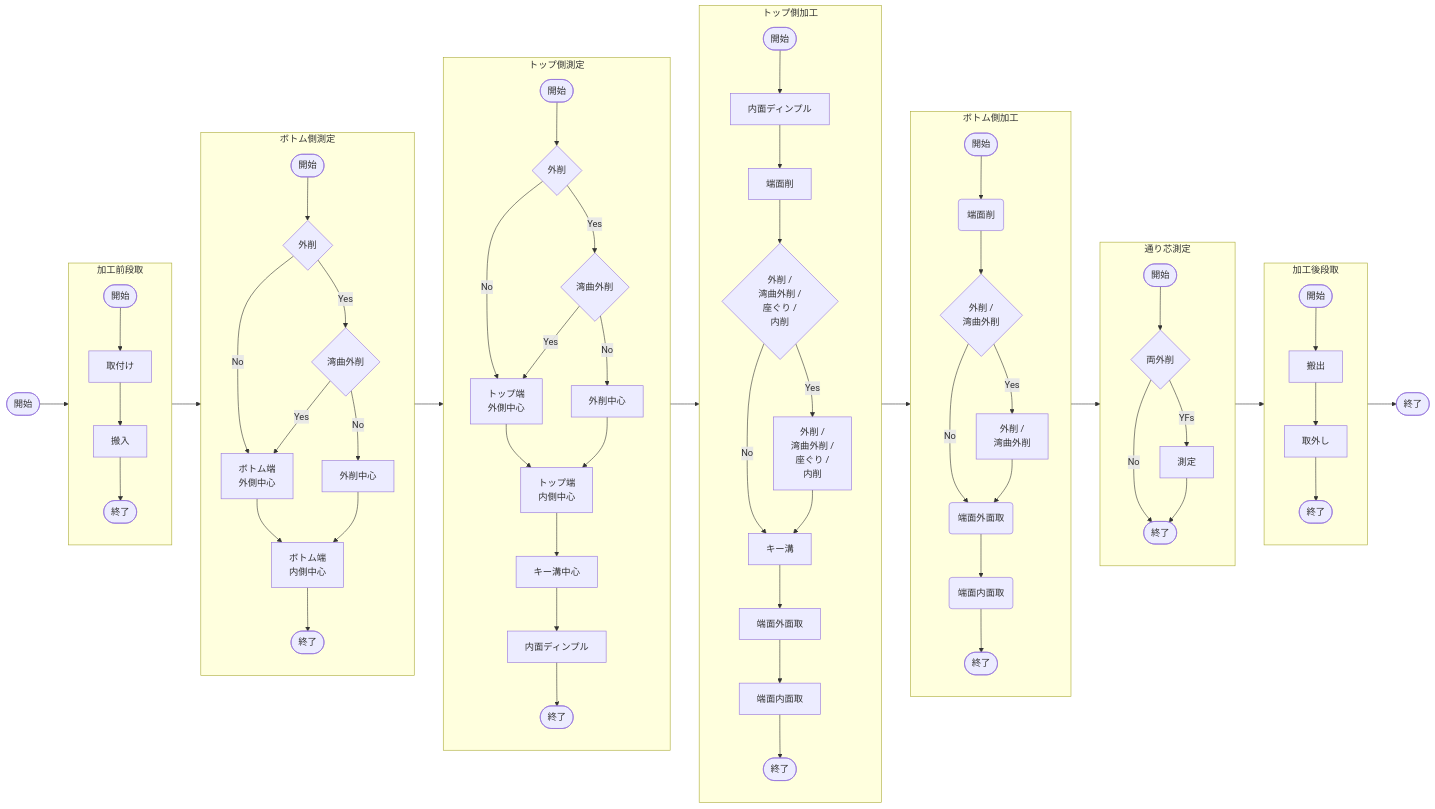
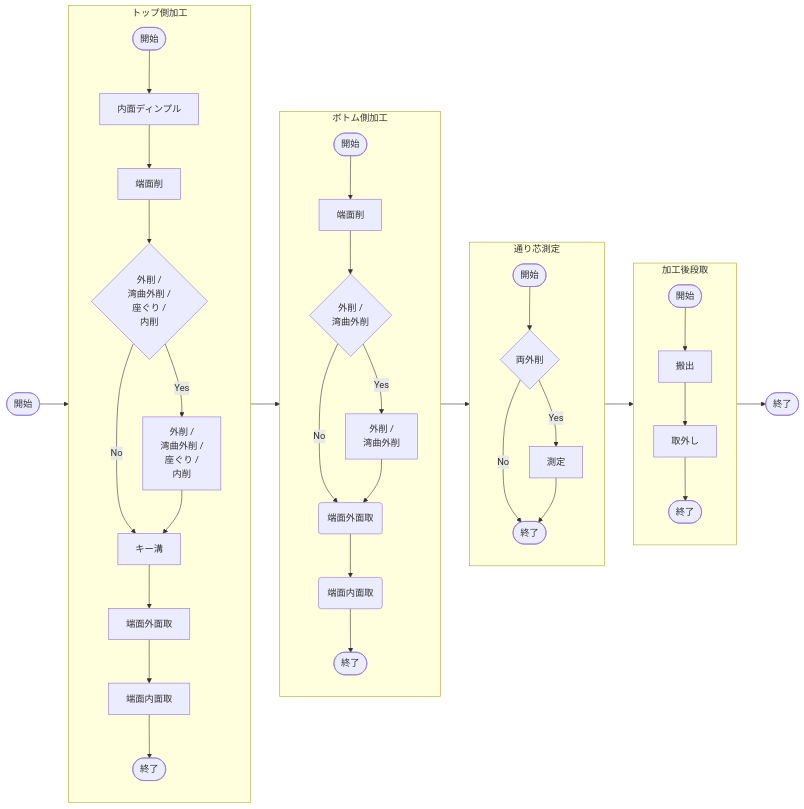
Before and after one commit to mojimould/mould_moji: the diagram in RfCPN/RfCPN_a1_includefiles/RfCPN_2_pictures/RfCPN_p03_pictures/Milling_flow_chart.md, drawn with Mermaid. The commit also changed other lines of this file, not shown here.

````diff
--- a/RfCPN/RfCPN_a1_includefiles/RfCPN_2_pictures/RfCPN_p03_pictures/Milling_flow_chart.md
+++ b/RfCPN/RfCPN_a1_includefiles/RfCPN_2_pictures/RfCPN_p03_pictures/Milling_flow_chart.md
@@ -1,78 +6,43 @@
 ```mermaid
 graph LR
-    A0([開始]) --> Group1
-    subgraph Group1[加工前段取]
-        direction TB
-        A1([開始]) --> A2
-        A2[取付け] --> A3[搬入]
-        A3 --> A4([終了])
-    end
-    Group1 --> Group2
-    subgraph Group2[ボトム側測定]
-        direction TB
-        B1([開始]) --> B2{外削}
-        B2 -->|No| B31
-        B2 -->|Yes| B32
-        B31[ボトム端\n 外側中心] --> B4
-        B32{湾曲外削}
-        B32 -->|No| B321
-        B32 -->|Yes| B31
-        B321[外削中心] --> B4
-        B4[ボトム端\n 内側中心] --> B5([終了])
-    end
-    Group2 --> Group3
-    subgraph Group3[トップ側測定]
-        direction TB
-        C1([開始]) --> C2{外削}
-        C2 -->|No| C61
-        C2 -->|Yes| C62
-        C61[トップ端\n 外側中心] --> C7
-        C62{湾曲外削}
-        C62 -->|No| C621
-        C62 -->|Yes| C61
-        C621[外削中心] --> C7
-        C7[トップ端\n 内側中心] --> C8
-        C8[キー溝中心] --> C9
-        C9[内面ディンプル] --> C10([終了])
-    end
-    Group3 --> Group4
+    A0([開始]) --> Group4
     subgraph Group4[トップ側加工]
         direction TB
         D1([開始]) --> D2
         D2[内面ディンプル] --> D3
-        D3[端面削] --> D4{外削 /\n湾曲外削 /\n座ぐり /\n 内削}
+        D3[端面削] --> D4{外削 /<br>湾曲外削 /<br>座ぐり /<br> 内削}
         D4 -->|Yes| D5
         D4 -->|No| D6
-        D5[外削 /\n 湾曲外削 /\n 座ぐり /\n 内削] --> D6
+        D5[外削 /<br> 湾曲外削 /<br> 座ぐり /<br> 内削] --> D6
         D6[キー溝] --> D7
         D7[端面外面取] --> D8
         D8[端面内面取] --> D9([終了])
     end
     Group4 --> Group5
     subgraph Group5[ボトム側加工]
         direction TB
         E1([開始]) --> E2
-        E2(端面削) --> E3{外削 /\n 湾曲外削}
+        E2[端面削] --> E3{外削 /<br> 湾曲外削}
         E3 -->|Yes| E4
         E3 -->|No| E5
-        E4[外削 /\n 湾曲外削] --> E5
+        E4[外削 /<br> 湾曲外削] --> E5
         E5(端面外面取) --> E6
         E6(端面内面取) --> E7([終了])
     end
     Group5 --> Group6
     subgraph Group6[通り芯測定]
         direction TB
         F1([開始]) --> F2{両外削}
-        F2 -->|YFs| F3[測定]
+        F2 -->|Yes| F3[測定]
         F2 -->|No| F4
         F3 --> F4([終了])
     end
     Group6 --> Group7
     subgraph Group7[加工後段取]
         direction TB
         G1([開始]) --> G2
         G2[搬出] --> G3
         G3[取外し] --> G4([終了])
     end
     Group7 --> H1([終了])
 ```
````
